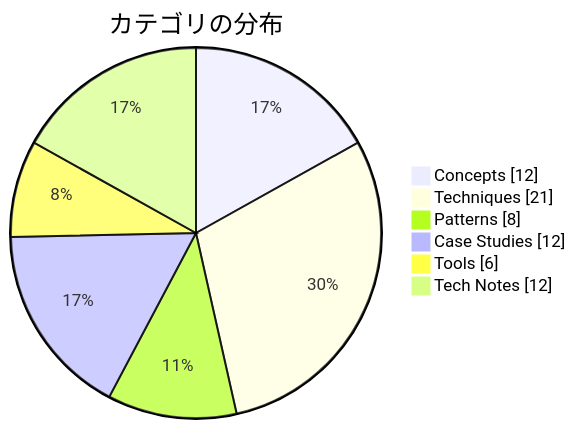
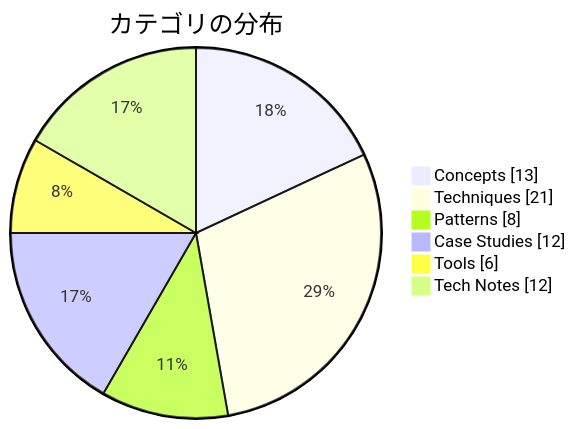
One commit to dinekt/dinekt-wiki changed the second of 2 diagrams in docs/index.md. Above: the diagram before and after it, drawn with Mermaid. The commit also changed other lines of this file and 5 other files, not shown here.

First line of the commit message:
round 51: 5 LLM app architecture patterns

````diff
--- a/docs/index.md
+++ b/docs/index.md
@@ -37,9 +37,9 @@
 ```mermaid
 pie showData title カテゴリの分布
-    "Concepts" : 12
+    "Concepts" : 13
     "Techniques" : 21
     "Patterns" : 8
     "Case Studies" : 12
     "Tools" : 6
     "Tech Notes" : 12
 ```
````
